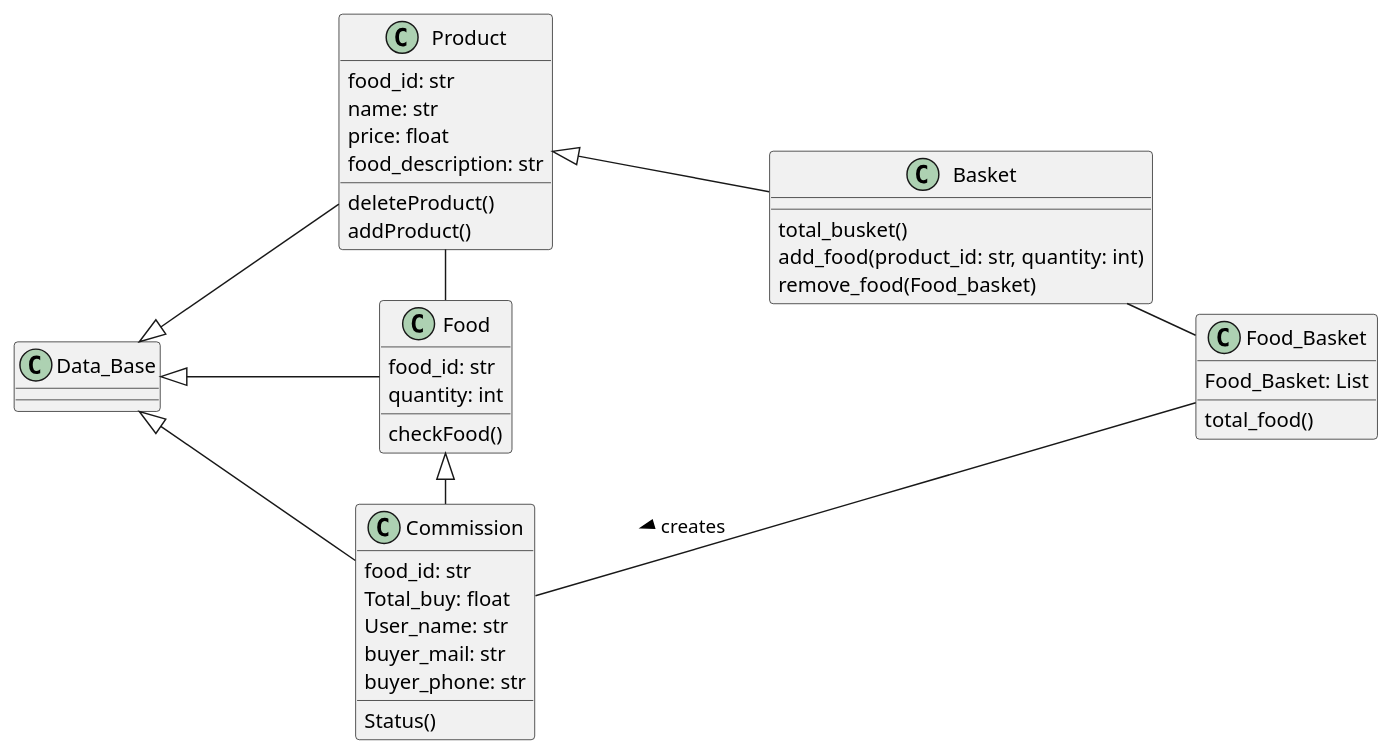
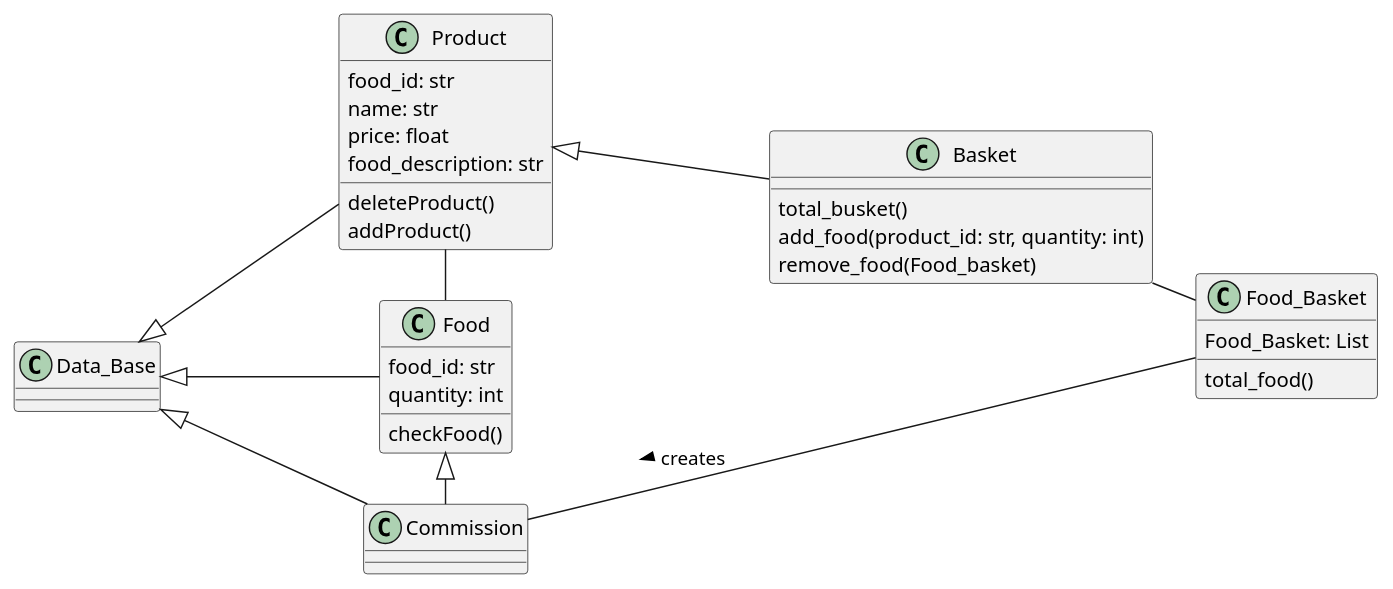
The diagram in Diagram.puml (K3nnyZY/OOP_FINAL_PROYECT), drawn with PlantUML before and after one commit.

```diff
--- a/Diagram.puml
+++ b/Diagram.puml
@@ -1,49 +1,40 @@
 @startuml
 
 left to right direction
 class Product{
 food_id: str
 name: str
 price: float
 food_description: str
 deleteProduct()
 addProduct()
 }
 
 class Food{
 food_id: str
 quantity: int
 checkFood()
-}
-
-class Commission{
-food_id: str
-Total_buy: float
-User_name: str
-buyer_mail: str
-buyer_phone: str
-Status()
 }
 
 class Food_Basket{
 Food_Basket: List
 total_food()
 }
 
 class Basket{
 total_busket()
 add_food(product_id: str, quantity: int)
 remove_food(Food_basket)
 }
 
 Food -left-- Product
 Commission -left--|> Food 
 Commission -down-- Food_Basket : creates <
 Food_Basket -left-- Basket
 Product <|-- Basket
 
 Data_Base <|---down Product
 Data_Base <|---down Food
 Data_Base <|---down Commission
 
 @enduml
```
